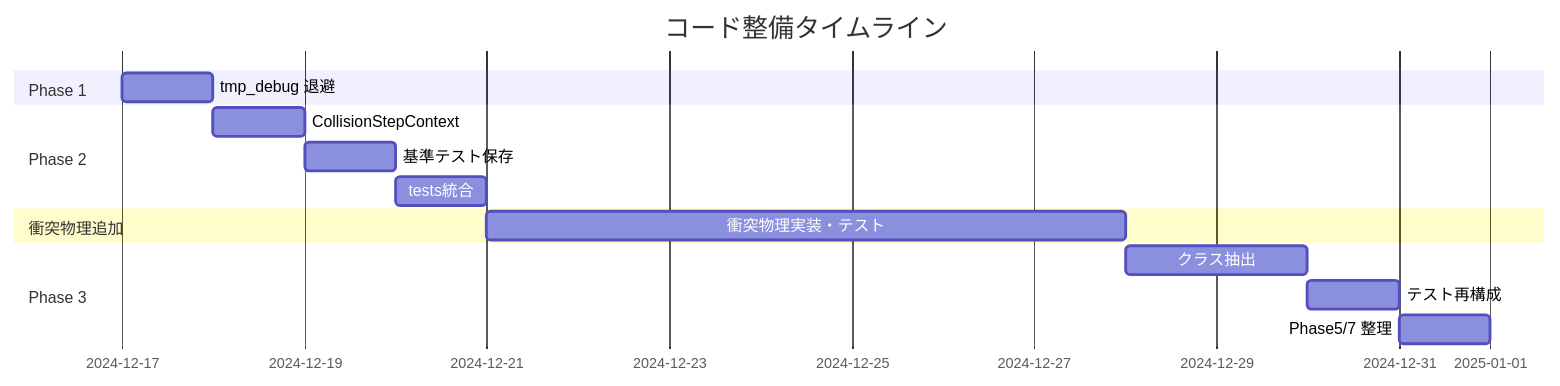
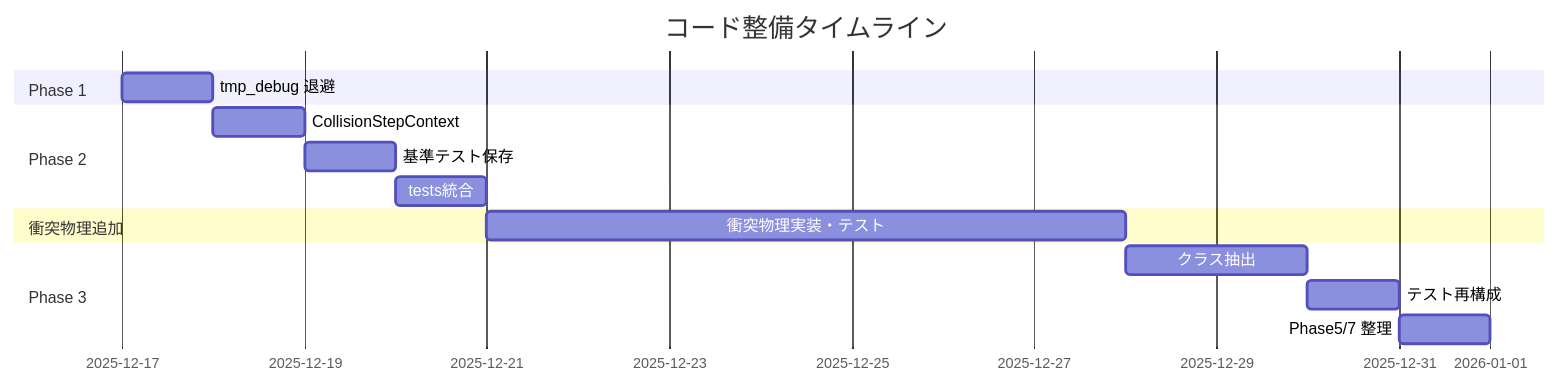
Before and after one commit to Einfeld686/MarsDiskSimulation: the second of 2 diagrams in docs/plan/20251216_code_reorganization_for_collision_physics.md, drawn with Mermaid. The commit also changed other lines of this file and 67 other files, not shown here.

````diff
--- a/docs/plan/20251216_code_reorganization_for_collision_physics.md
+++ b/docs/plan/20251216_code_reorganization_for_collision_physics.md
@@ -456,17 +456,17 @@
 ```mermaid
 gantt
     title コード整備タイムライン
     dateFormat  YYYY-MM-DD
     section Phase 1
-    tmp_debug 退避           :p1, 2024-12-17, 1d
+    tmp_debug 退避           :p1, 2025-12-17, 1d
     section Phase 2
     CollisionStepContext     :p2a, after p1, 1d
     基準テスト保存           :p2b, after p2a, 1d
     tests統合                :p2c, after p2b, 1d
     section 衝突物理追加
     衝突物理実装・テスト     :coll, after p2c, 7d
     section Phase 3
     クラス抽出               :p3a, after coll, 2d
     テスト再構成             :p3b, after p3a, 1d
     Phase5/7 整理            :p3c, after p3b, 1d
 ```
````
